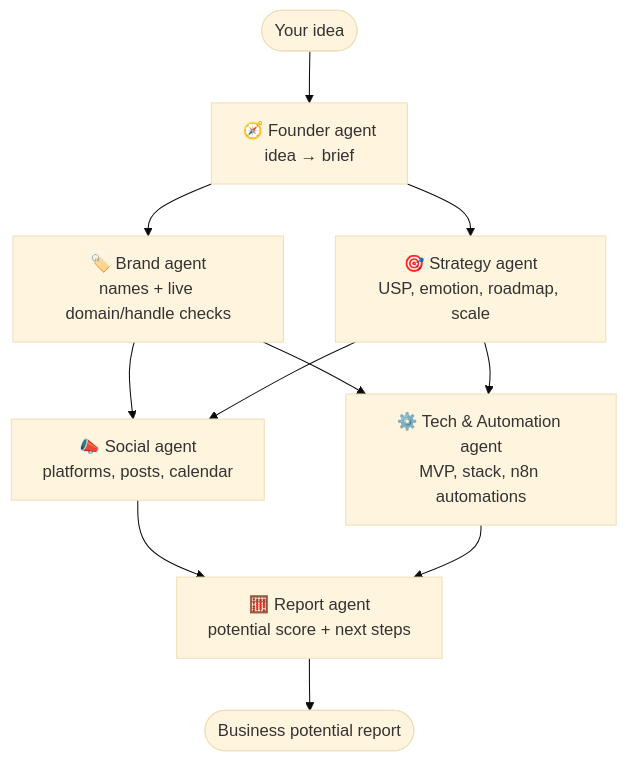
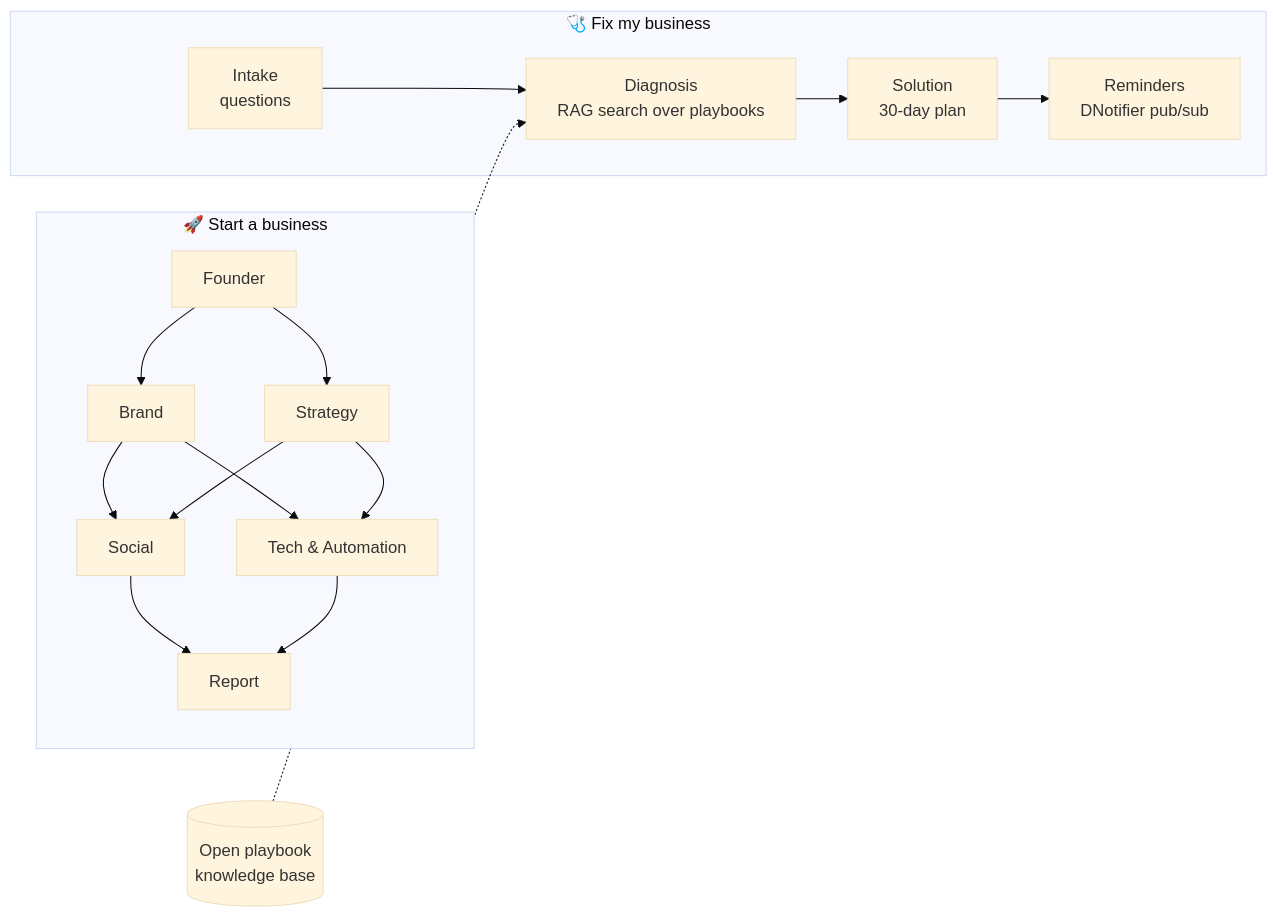
One commit to hellohammadi/foundry changed the diagram in README.md. Above: the diagram before and after it, drawn with Mermaid (base theme). The commit also changed other lines of this file and 42 other files, not shown here.

First line of the commit message:
Add Fix my business mode: intake, RAG diagnosis, 30-day plan, reminders

````diff
--- a/README.md
+++ b/README.md
@@ -29,13 +49,14 @@
 ```mermaid
-flowchart TD
-    U([Your idea]) --> F[🧭 Founder agent<br/>idea → brief]
-    F --> B[🏷️ Brand agent<br/>names + live domain/handle checks]
-    F --> S[🎯 Strategy agent<br/>USP, emotion, roadmap, scale]
-    B --> SO[📣 Social agent<br/>platforms, posts, calendar]
-    S --> SO
-    B --> T[⚙️ Tech & Automation agent<br/>MVP, stack, n8n automations]
-    S --> T
-    SO --> R[🧮 Report agent<br/>potential score + next steps]
-    T --> R
-    R --> OUT([Business potential report])
+flowchart LR
+    subgraph Idea["🚀 Start a business"]
+        F[Founder] --> B[Brand] & S[Strategy]
+        B & S --> SO[Social] & T[Tech & Automation]
+        SO & T --> R[Report]
+    end
+    subgraph Fix["🩺 Fix my business"]
+        I[Intake<br/>questions] --> D[Diagnosis<br/>RAG search over playbooks]
+        D --> SL[Solution<br/>30-day plan]
+        SL --> RM[Reminders<br/>DNotifier pub/sub]
+    end
+    KB[(Open playbook<br/>knowledge base)] -.-> D
 ```
````
